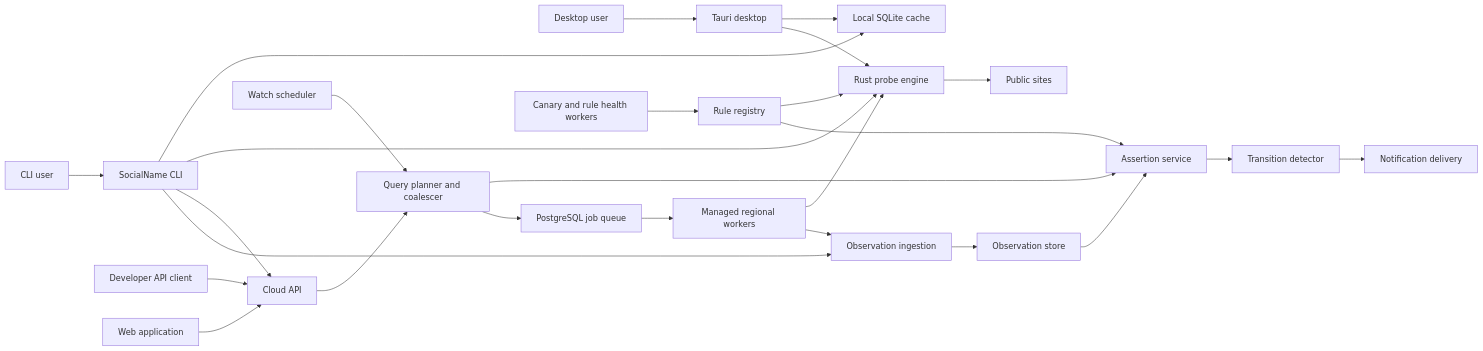
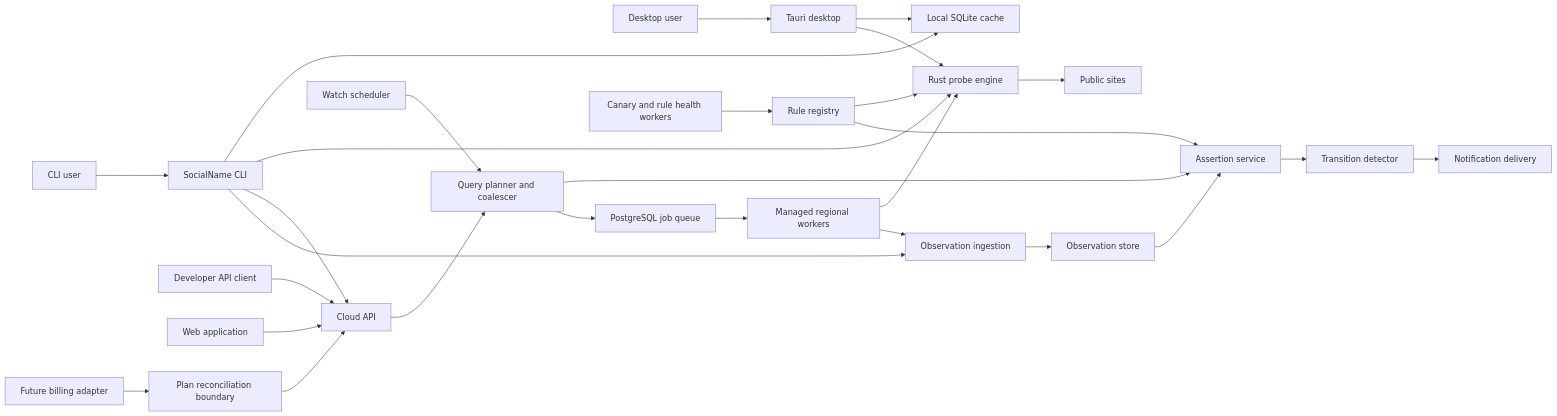
One commit to yhay81/socialname changed the diagram in docs/architecture.md. Above: the diagram before and after it, drawn with Mermaid. The commit also changed other lines of this file and 29 other files, not shown here.

Commit message:
feat: add provider-neutral plan entitlements

````diff
--- a/docs/architecture.md
+++ b/docs/architecture.md
@@ -22,33 +22,35 @@
 ```mermaid
 flowchart LR
     User["CLI user"] --> CLI["SocialName CLI"]
     DesktopUser["Desktop user"] --> Desktop["Tauri desktop"]
     CLI --> LocalDB["Local SQLite cache"]
     Desktop --> LocalDB
     CLI --> Engine["Rust probe engine"]
     Desktop --> Engine
     Engine --> Sites["Public sites"]
 
     CLI --> API["Cloud API"]
     Developer["Developer API client"] --> API
     Web["Web application"] --> API
+    BillingAdapter["Future billing adapter"] --> Entitlements["Plan reconciliation boundary"]
+    Entitlements --> API
 
     API --> Planner["Query planner and coalescer"]
     Planner --> Assertions["Assertion service"]
     Planner --> Jobs["PostgreSQL job queue"]
     Jobs --> Workers["Managed regional workers"]
     Workers --> Engine
 
     CLI --> Ingest["Observation ingestion"]
     Workers --> Ingest
     Ingest --> Observations["Observation store"]
     Observations --> Assertions
 
     Scheduler["Watch scheduler"] --> Planner
     Assertions --> Transitions["Transition detector"]
     Transitions --> Notifications["Notification delivery"]
 
     Canary["Canary and rule health workers"] --> RuleRegistry["Rule registry"]
     RuleRegistry --> Engine
     RuleRegistry --> Assertions
 ```
````
